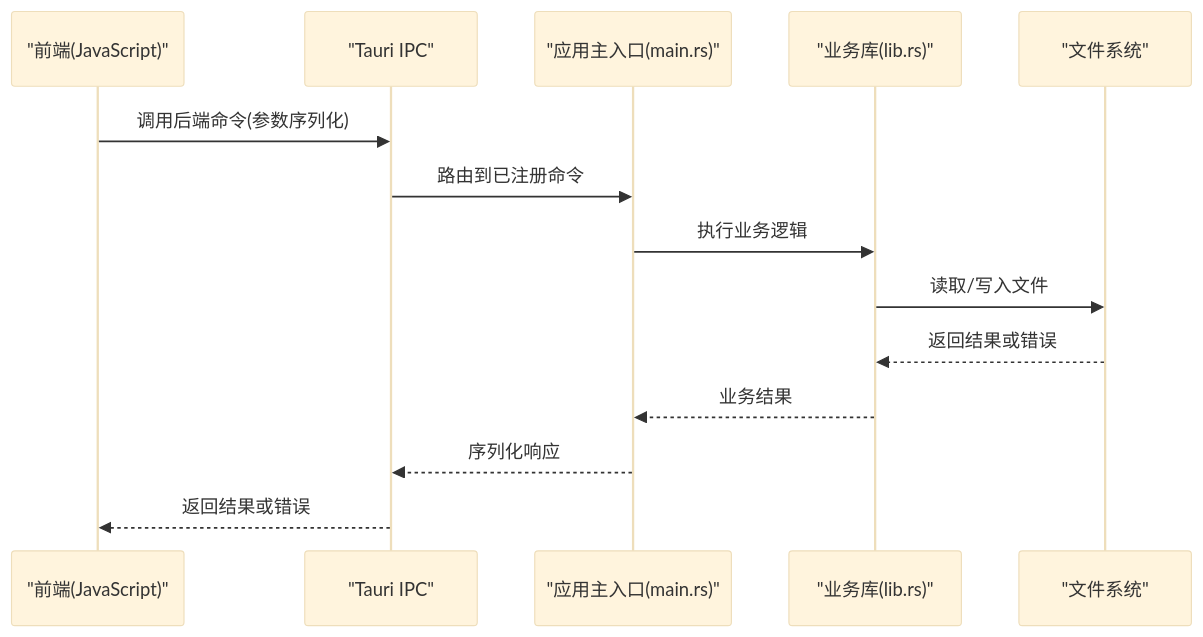
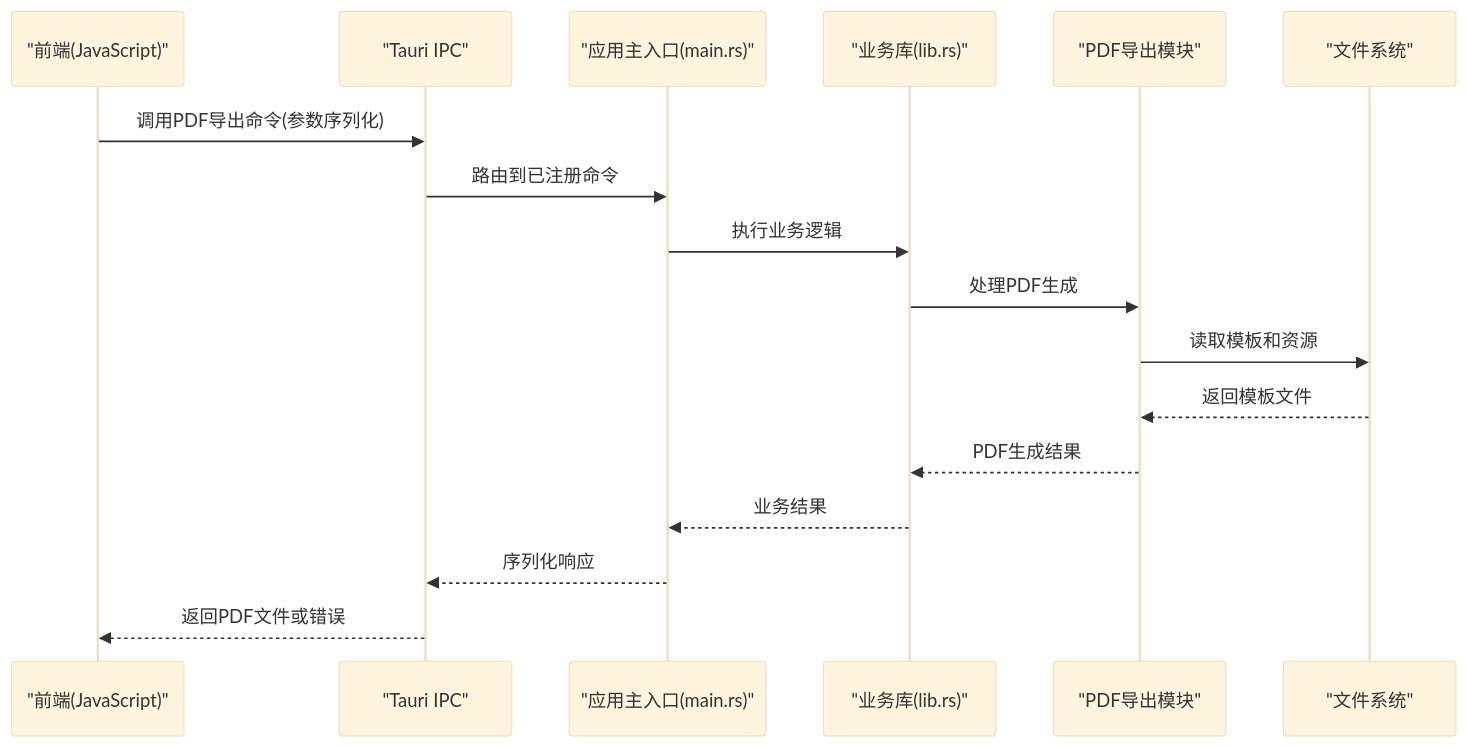
The second of 3 diagrams in .qoder/repowiki/zh/content/Tauri后端.md (gongshiyun/ZenNote), drawn with Mermaid (base theme) before and after one commit. The commit also changed other lines of this file and 40 other files, not shown here.

````diff
--- a/.qoder/repowiki/zh/content/Tauri后端.md
+++ b/.qoder/repowiki/zh/content/Tauri后端.md
@@ -83,16 +100,19 @@
 ```mermaid
 sequenceDiagram
 participant FE as "前端(JavaScript)"
 participant IPC as "Tauri IPC"
 participant Main as "应用主入口(main.rs)"
 participant Lib as "业务库(lib.rs)"
+participant PDF as "PDF导出模块"
 participant FS as "文件系统"
-FE->>IPC : 调用后端命令(参数序列化)
+FE->>IPC : 调用PDF导出命令(参数序列化)
 IPC->>Main : 路由到已注册命令
 Main->>Lib : 执行业务逻辑
-Lib->>FS : 读取/写入文件
-FS-->>Lib : 返回结果或错误
+Lib->>PDF : 处理PDF生成
+PDF->>FS : 读取模板和资源
+FS-->>PDF : 返回模板文件
+PDF-->>Lib : PDF生成结果
 Lib-->>Main : 业务结果
 Main-->>IPC : 序列化响应
-IPC-->>FE : 返回结果或错误
+IPC-->>FE : 返回PDF文件或错误
 ```
````
